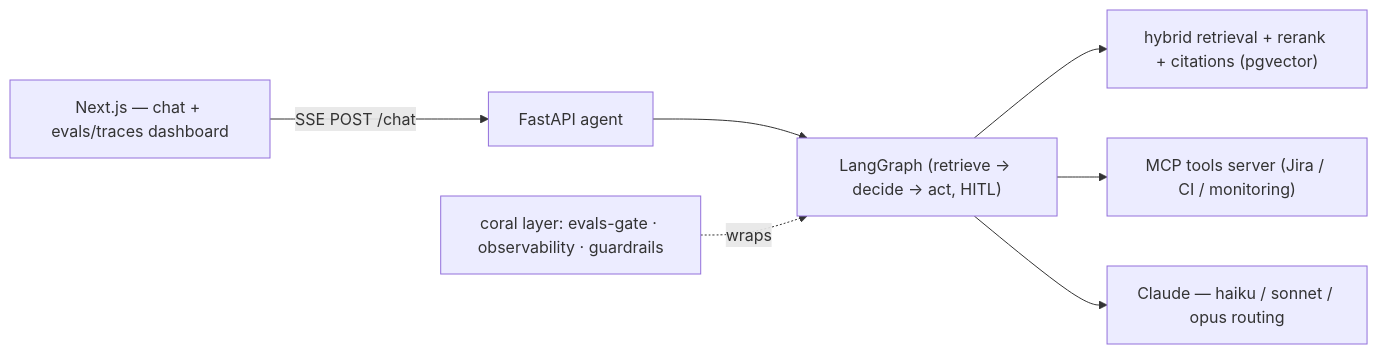
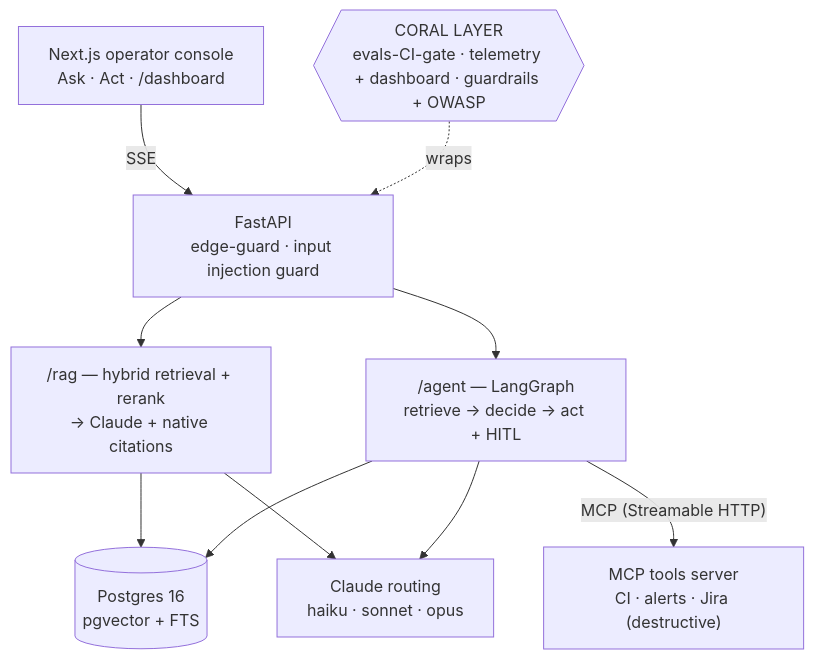
One commit to araratharutyunyan23-max/oncallpilot changed the diagram in README.md. Above: the diagram before and after it, drawn with Mermaid. The commit also changed other lines of this file and 4 other files, not shown here.

First line of the commit message:
docs(p5): finalize README + DEPLOY guide + MCP fly config; deploy-ready agent image

````diff
--- a/README.md
+++ b/README.md
@@ -11,9 +21,14 @@
 ```mermaid
-graph LR
-  UI["Next.js — chat + evals/traces dashboard"] -->|SSE POST /chat| API["FastAPI agent"]
-  API --> LG["LangGraph (retrieve → decide → act, HITL)"]
-  LG --> RAG["hybrid retrieval + rerank + citations (pgvector)"]
-  LG --> MCP["MCP tools server (Jira / CI / monitoring)"]
-  LG --> CLAUDE["Claude — haiku / sonnet / opus routing"]
-  CORAL["coral layer: evals-gate · observability · guardrails"] -.wraps.-> LG
+graph TD
+  UI["Next.js operator console<br/>Ask · Act · /dashboard"]
+  UI -->|"SSE"| API["FastAPI<br/>edge-guard · input injection guard"]
+  API --> RAG["/rag — hybrid retrieval + rerank<br/>→ Claude + native citations"]
+  API --> AG["/agent — LangGraph<br/>retrieve → decide → act + HITL"]
+  RAG --> PG[("Postgres 16<br/>pgvector + FTS")]
+  AG --> PG
+  AG -->|"MCP (Streamable HTTP)"| MCP["MCP tools server<br/>CI · alerts · Jira (destructive)"]
+  RAG --> CLAUDE["Claude routing<br/>haiku · sonnet · opus"]
+  AG --> CLAUDE
+  CORAL{{"CORAL LAYER<br/>evals-CI-gate · telemetry + dashboard · guardrails + OWASP"}}
+  CORAL -.wraps.-> API
 ```
````
